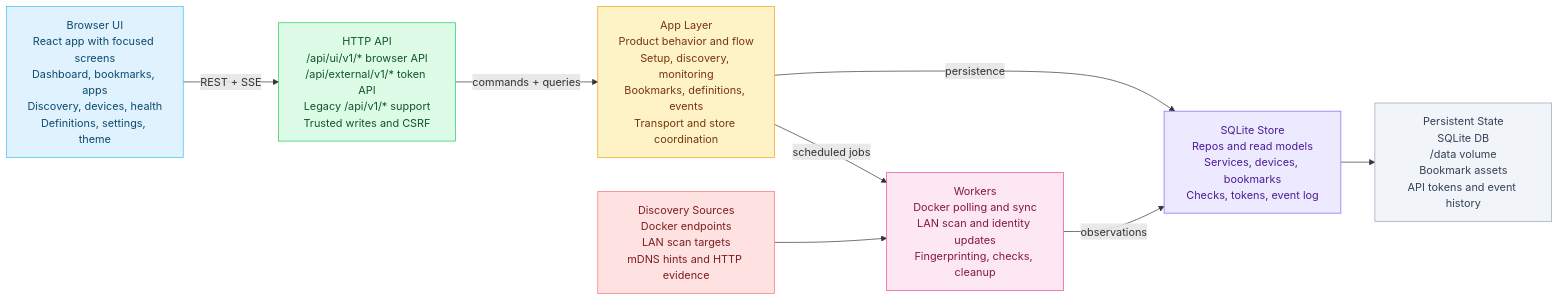
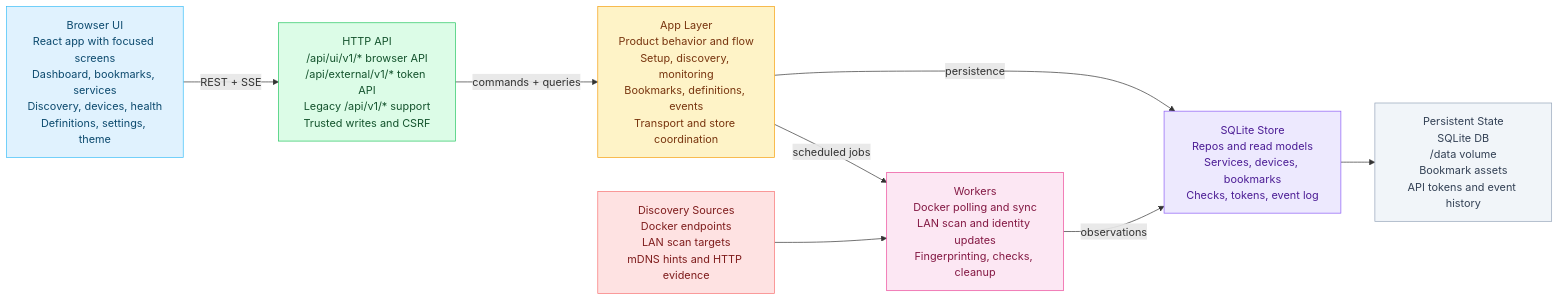
One commit to DiLRandI/homelabwatch changed the first of 2 diagrams in README.md. Above: the diagram before and after it, drawn with Mermaid. The commit also changed 7 other files, not shown here.

````diff
--- a/README.md
+++ b/README.md
@@ -8,34 +8,34 @@
 ```mermaid
 flowchart LR
-    UI["Browser UI<br/>React app with focused screens<br/>Dashboard, bookmarks, apps<br/>Discovery, devices, health<br/>Definitions, settings, theme"]
+    UI["Browser UI<br/>React app with focused screens<br/>Dashboard, bookmarks, services<br/>Discovery, devices, health<br/>Definitions, settings, theme"]
     API["HTTP API<br/>/api/ui/v1/* browser API<br/>/api/external/v1/* token API<br/>Legacy /api/v1/* support<br/>Trusted writes and CSRF"]
     APP["App Layer<br/>Product behavior and flow<br/>Setup, discovery, monitoring<br/>Bookmarks, definitions, events<br/>Transport and store coordination"]
     WORKERS["Workers<br/>Docker polling and sync<br/>LAN scan and identity updates<br/>Fingerprinting, checks, cleanup"]
     STORE["SQLite Store<br/>Repos and read models<br/>Services, devices, bookmarks<br/>Checks, tokens, event log"]
     STATE["Persistent State<br/>SQLite DB<br/>/data volume<br/>Bookmark assets<br/>API tokens and event history"]
     SOURCES["Discovery Sources<br/>Docker endpoints<br/>LAN scan targets<br/>mDNS hints and HTTP evidence"]
 
     UI -->|REST + SSE| API
     API -->|commands + queries| APP
     APP -->|scheduled jobs| WORKERS
     APP -->|persistence| STORE
     WORKERS -->|observations| STORE
     STORE --> STATE
     SOURCES --> WORKERS
 
     classDef browser fill:#E0F2FE,stroke:#38BDF8,color:#0C4A6E
     classDef api fill:#DCFCE7,stroke:#22C55E,color:#14532D
     classDef app fill:#FEF3C7,stroke:#F59E0B,color:#78350F
     classDef worker fill:#FCE7F3,stroke:#EC4899,color:#831843
     classDef store fill:#EDE9FE,stroke:#8B5CF6,color:#4C1D95
     classDef state fill:#F1F5F9,stroke:#94A3B8,color:#334155
     classDef source fill:#FEE2E2,stroke:#F87171,color:#7F1D1D
 
     class UI browser
     class API api
     class APP app
     class WORKERS worker
     class STORE store
     class STATE state
     class SOURCES source
 ```
````
